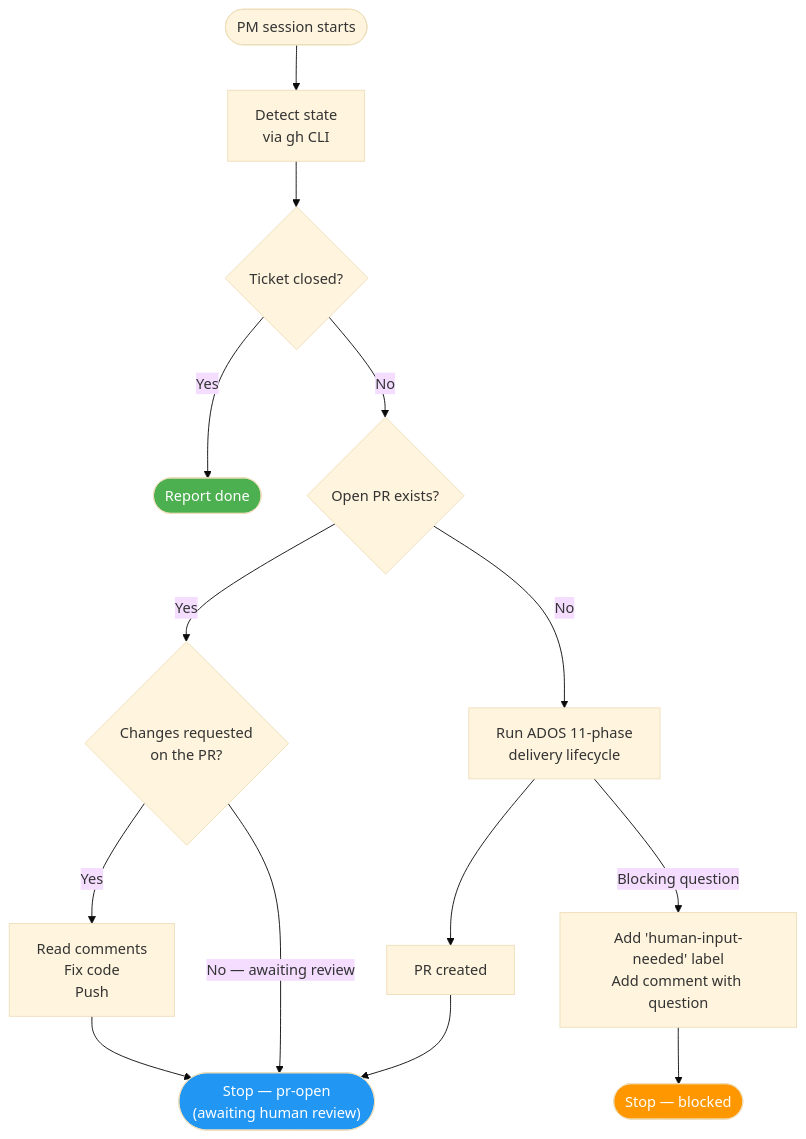
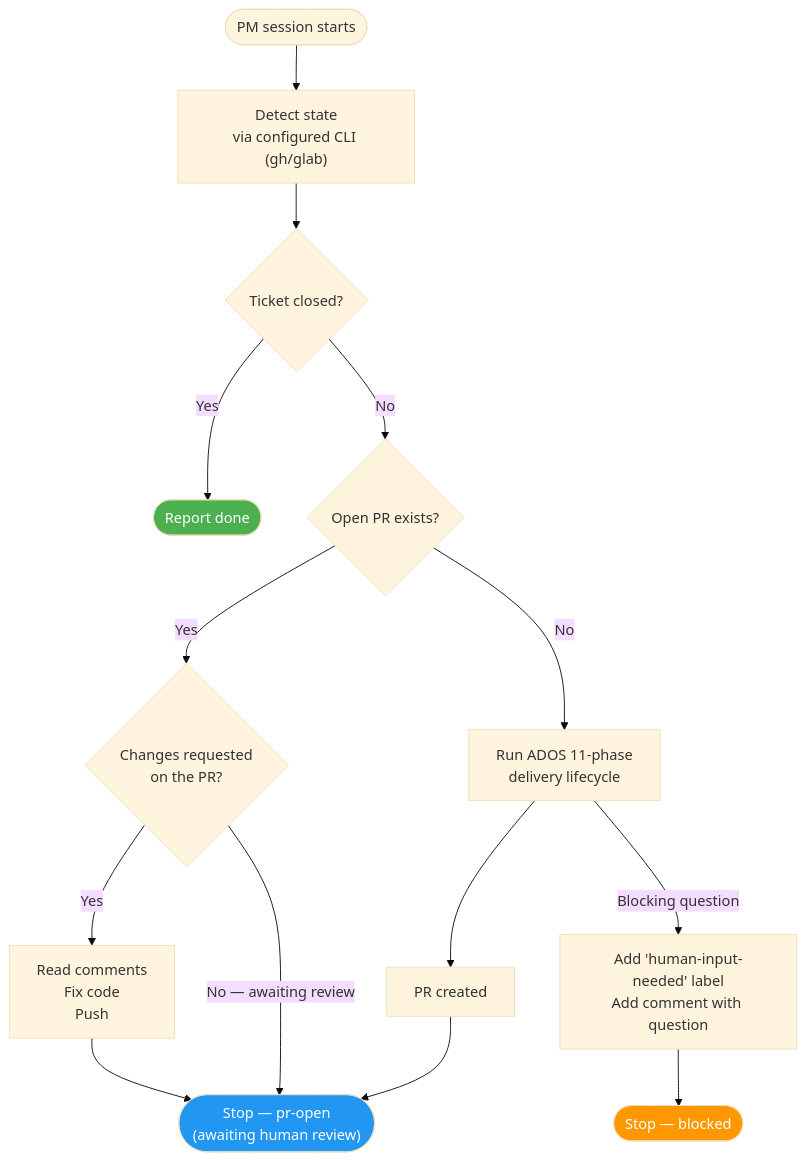
Before and after one commit to juliusz-cwiakalski/agentic-delivery-os: the third of 5 diagrams in doc/guides/autonomous-batch-delivery.md, drawn with Mermaid (base theme). The commit also changed other lines of this file and 19 other files, not shown here.

````diff
--- a/doc/guides/autonomous-batch-delivery.md
+++ b/doc/guides/autonomous-batch-delivery.md
@@ -180,20 +180,20 @@
 ```mermaid
 flowchart TD
-    PROMPT([PM session starts]) --> DETECT["Detect state<br/>via gh CLI"]
+    PROMPT([PM session starts]) --> DETECT["Detect state<br/>via configured CLI (gh/glab)"]
     DETECT --> CLOSED{Ticket closed?}
     CLOSED -->|Yes| STOP_DONE(["Report done"])
     CLOSED -->|No| PR{Open PR exists?}
     PR -->|Yes| REVIEW{"Changes requested<br/>on the PR?"}
     PR -->|No| DELIVER["Run ADOS 11-phase<br/>delivery lifecycle"]
     REVIEW -->|Yes| FIX["Read comments<br/>Fix code<br/>Push"]
     REVIEW -->|"No — awaiting review"| AWAIT(["Stop — pr-open<br/>(awaiting human review)"])
     DELIVER --> PR_CREATED["PR created"]
     PR_CREATED --> AWAIT
     FIX --> AWAIT
     DELIVER -->|"Blocking question"| BLOCKED["Add 'human-input-needed' label<br/>Add comment with question"]
     BLOCKED --> STOP_BLK(["Stop — blocked"])
 
     style STOP_DONE fill:#4CAF50,color:#fff
     style AWAIT fill:#2196F3,color:#fff
     style STOP_BLK fill:#FF9800,color:#fff
 ```
````
